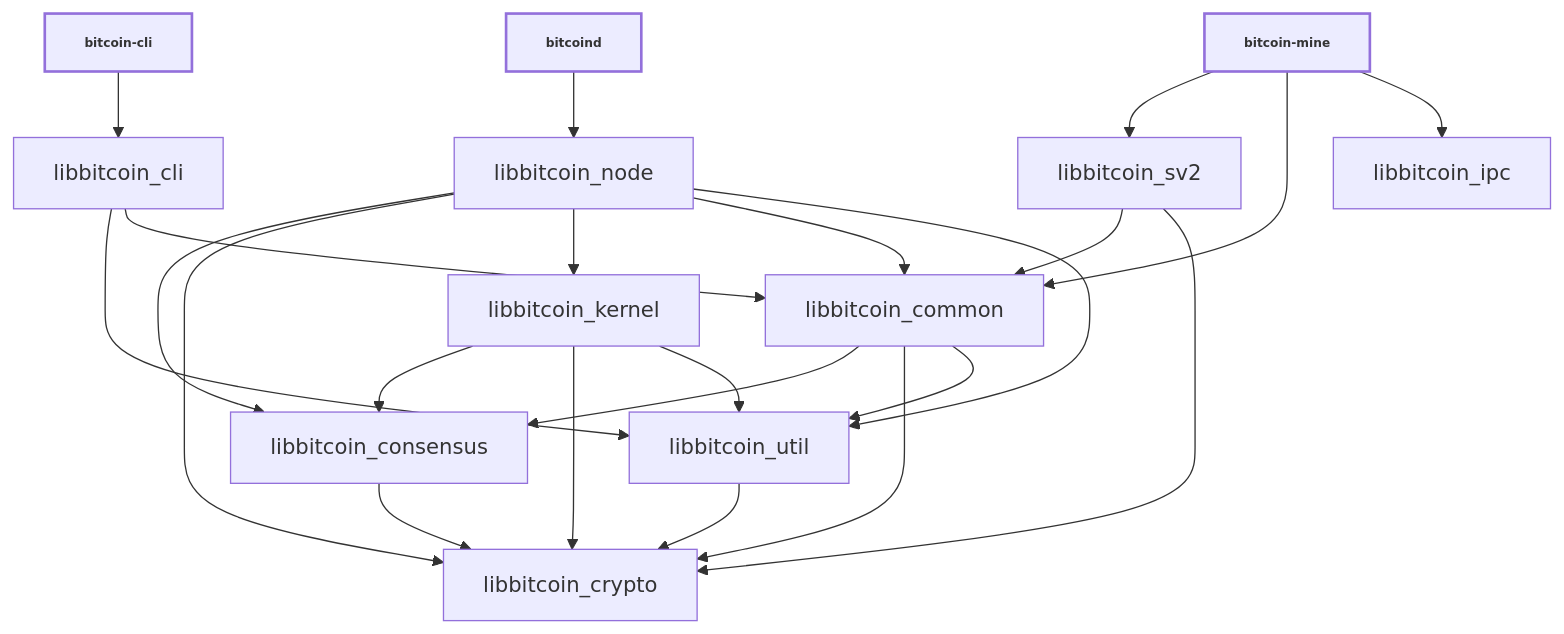
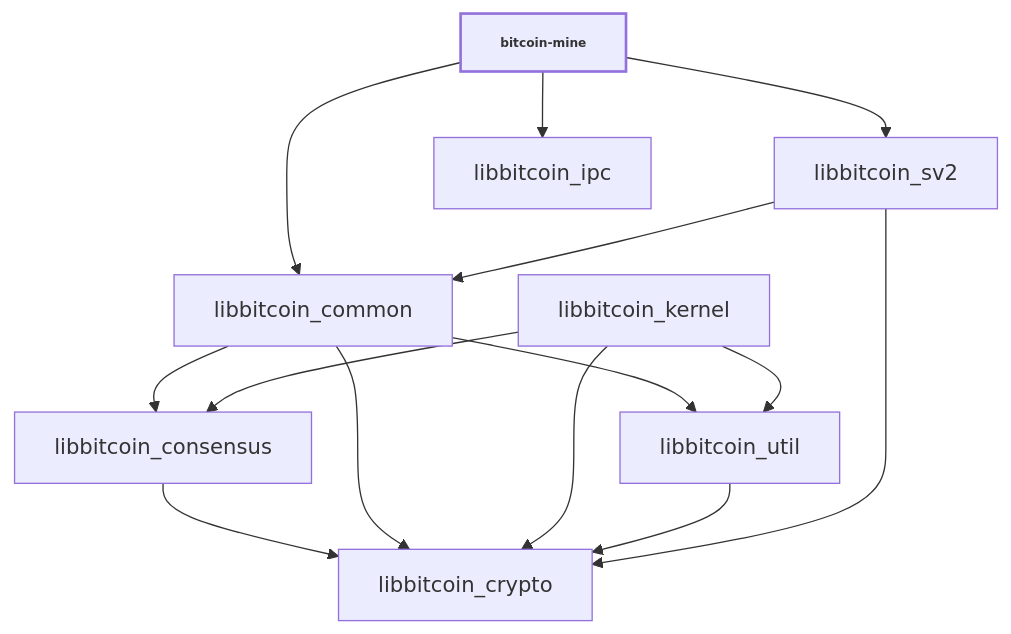
The diagram in doc/design/libraries.md (Sjors/bitcoin), drawn with Mermaid before and after one commit. The commit also changed other lines of this file and 36 other files, not shown here.

````diff
--- a/doc/design/libraries.md
+++ b/doc/design/libraries.md
@@ -32,41 +30,28 @@
 ```mermaid
 
 %%{ init : { "flowchart" : { "curve" : "basis" }}}%%
 
 graph TD;
-
-bitcoin-cli[bitcoin-cli]-->libbitcoin_cli;
-
-bitcoind[bitcoind]-->libbitcoin_node;
-
-libbitcoin_cli-->libbitcoin_util;
-libbitcoin_cli-->libbitcoin_common;
 
 bitcoin-mine-->libbitcoin_sv2;
 bitcoin-mine-->libbitcoin_common;
 bitcoin-mine-->libbitcoin_ipc;
 
 libbitcoin_consensus-->libbitcoin_crypto;
 
 libbitcoin_common-->libbitcoin_consensus;
 libbitcoin_common-->libbitcoin_crypto;
 libbitcoin_common-->libbitcoin_util;
 
 libbitcoin_kernel-->libbitcoin_consensus;
 libbitcoin_kernel-->libbitcoin_crypto;
 libbitcoin_kernel-->libbitcoin_util;
 
-libbitcoin_node-->libbitcoin_consensus;
-libbitcoin_node-->libbitcoin_crypto;
-libbitcoin_node-->libbitcoin_kernel;
-libbitcoin_node-->libbitcoin_common;
-libbitcoin_node-->libbitcoin_util;
-
 libbitcoin_util-->libbitcoin_crypto;
 
 libbitcoin_sv2-->libbitcoin_common;
 libbitcoin_sv2-->libbitcoin_crypto;
 
 classDef bold stroke-width:2px, font-weight:bold, font-size: smaller;
 class bitcoind,bitcoin-cli,bitcoin-mine bold
 ```
````
